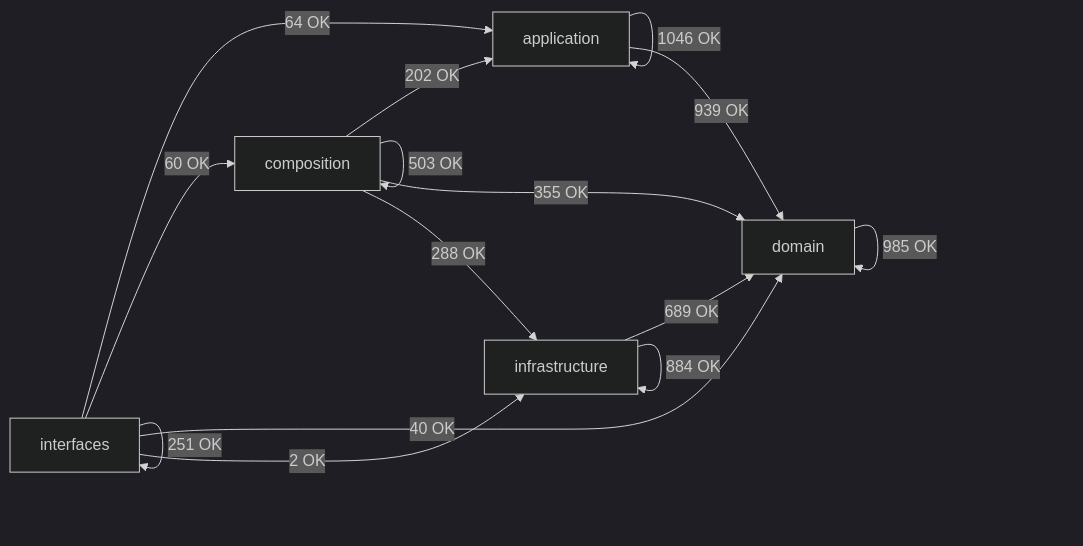
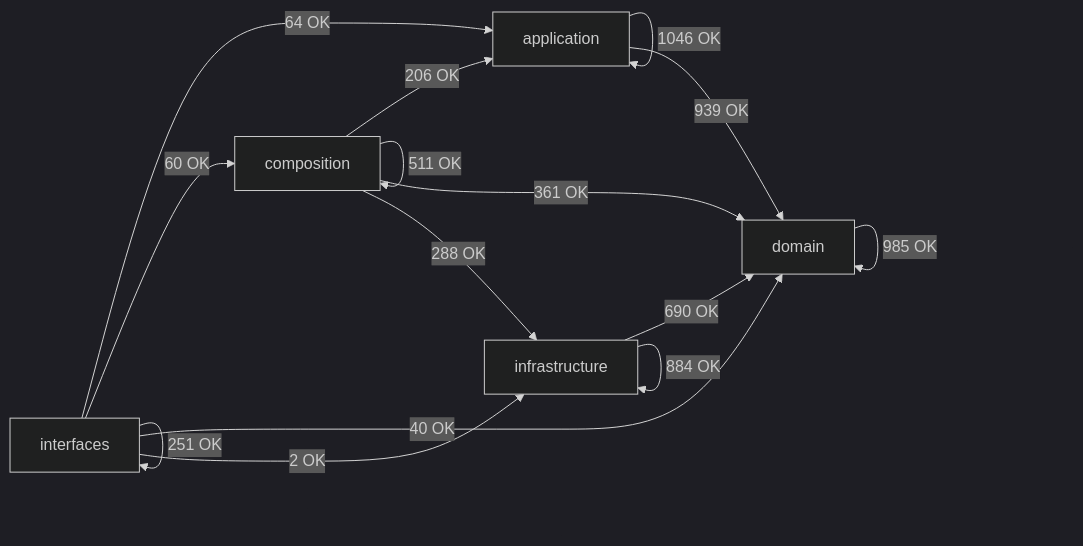
Before and after one commit to SatoryKono/BioactivityDataAcquisition: the diagram in docs/02-architecture/generated/module-dependency-map.md, drawn with Mermaid (dark theme). The commit also changed other lines of this file and 6 other files, not shown here.

````diff
--- a/docs/02-architecture/generated/module-dependency-map.md
+++ b/docs/02-architecture/generated/module-dependency-map.md
@@ -17,22 +17,22 @@
 ```mermaid
 flowchart LR
     domain[domain]
     application[application]
     infrastructure[infrastructure]
     composition[composition]
     interfaces[interfaces]
     application -->|1046 OK| application
     application -->|939 OK| domain
-    composition -->|202 OK| application
-    composition -->|503 OK| composition
-    composition -->|355 OK| domain
+    composition -->|206 OK| application
+    composition -->|511 OK| composition
+    composition -->|361 OK| domain
     composition -->|288 OK| infrastructure
     domain -->|985 OK| domain
-    infrastructure -->|689 OK| domain
+    infrastructure -->|690 OK| domain
     infrastructure -->|884 OK| infrastructure
     interfaces -->|64 OK| application
     interfaces -->|60 OK| composition
     interfaces -->|40 OK| domain
     interfaces -->|2 OK| infrastructure
     interfaces -->|251 OK| interfaces
 ```
````
